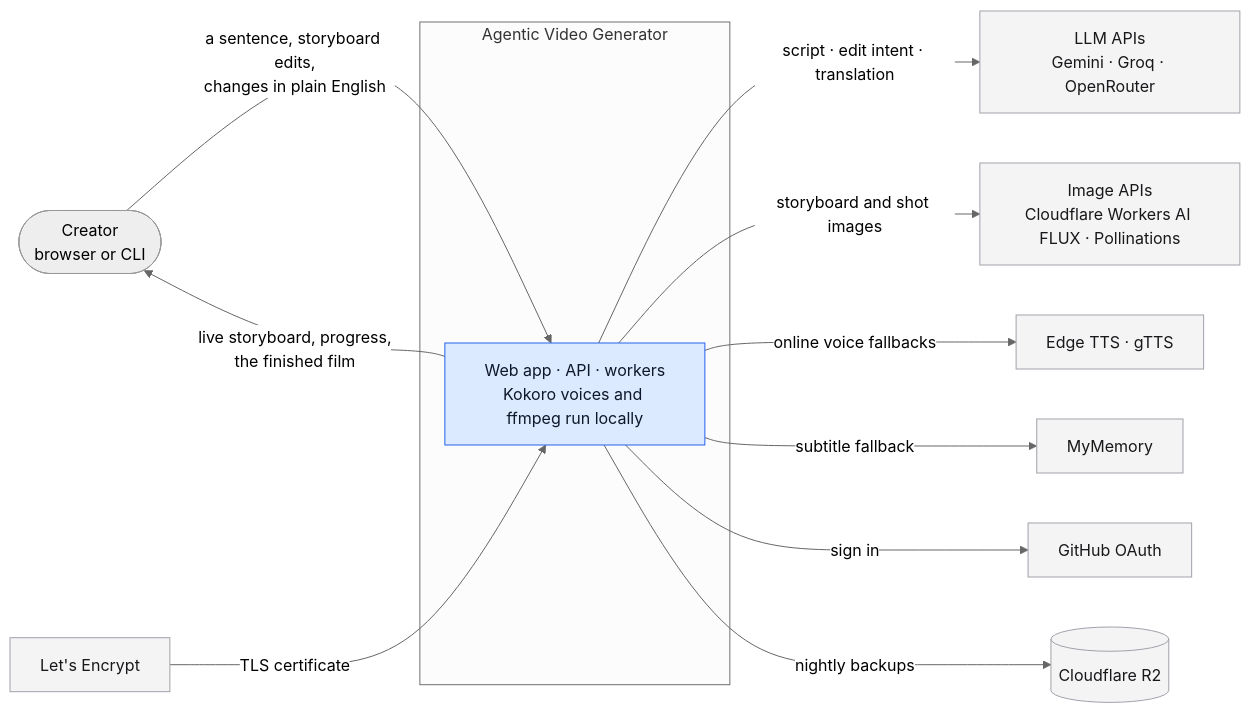
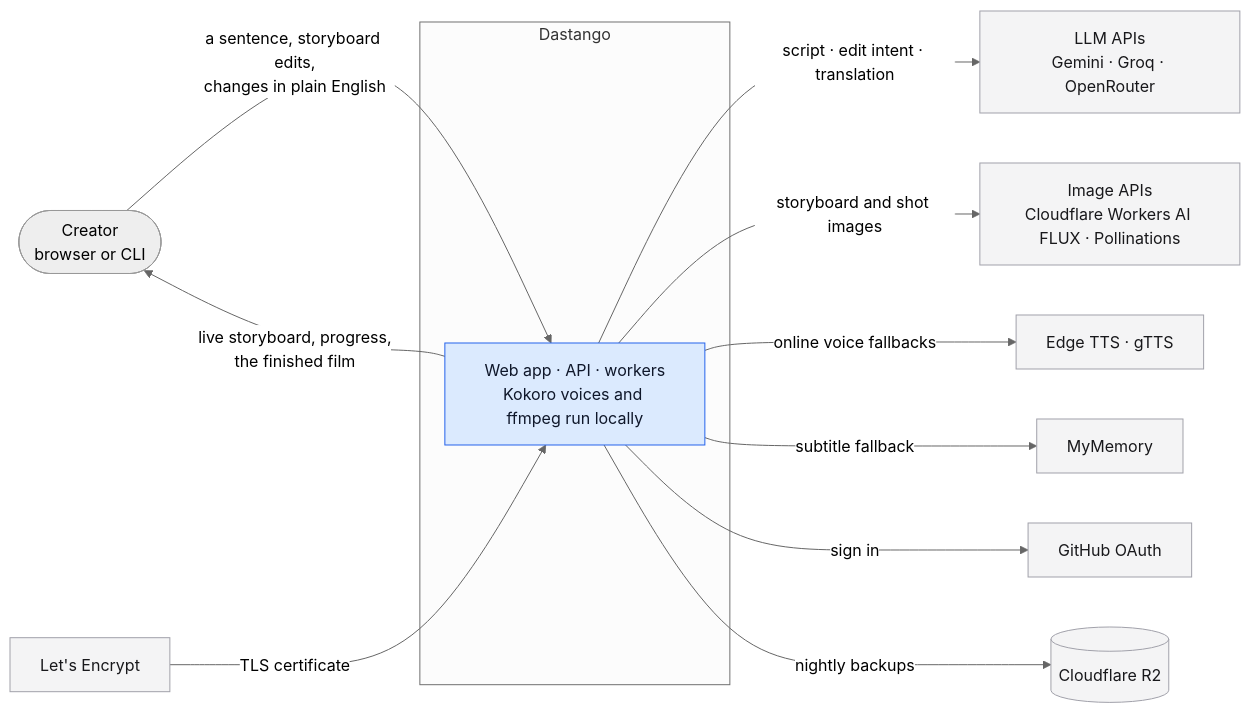
Before and after one commit to SaadAbdullaH3/Automated-Story-Generation: the first of 10 diagrams in docs/ARCHITECTURE.md, drawn with Mermaid (neutral theme). The commit also changed 26 other files, not shown here.

````diff
--- a/docs/ARCHITECTURE.md
+++ b/docs/ARCHITECTURE.md
@@ -28,24 +28,24 @@
 ```mermaid
 flowchart LR
     creator(["Creator<br/>browser or CLI"])
 
-    subgraph product["Agentic Video Generator"]
+    subgraph product["Dastango"]
         app["Web app · API · workers<br/>Kokoro voices and ffmpeg run locally"]
     end
 
     creator -- "a sentence, storyboard edits,<br/>changes in plain English" --> app
     app -- "live storyboard, progress,<br/>the finished film" --> creator
 
     app -- "script · edit intent · translation" --> llm["LLM APIs<br/>Gemini · Groq · OpenRouter"]
     app -- "storyboard and shot images" --> img["Image APIs<br/>Cloudflare Workers AI FLUX · Pollinations"]
     app -- "online voice fallbacks" --> tts["Edge TTS · gTTS"]
     app -- "subtitle fallback" --> mm["MyMemory"]
     app -- "sign in" --> gh["GitHub OAuth"]
     app -- "nightly backups" --> r2[("Cloudflare R2")]
     le["Let's Encrypt"] -- "TLS certificate" --> app
 
     classDef ext fill:#f4f4f5,stroke:#a1a1aa,color:#18181b
     classDef core fill:#dbeafe,stroke:#2563eb,color:#0f172a
     class llm,img,tts,mm,gh,r2,le ext
     class app core
 ```
````
